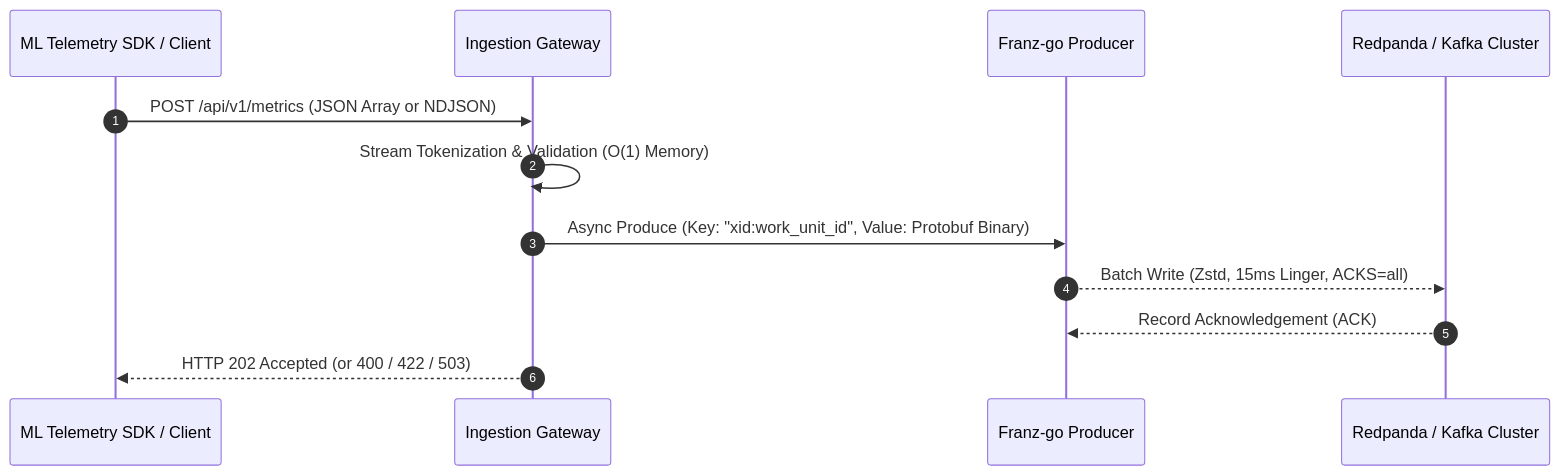
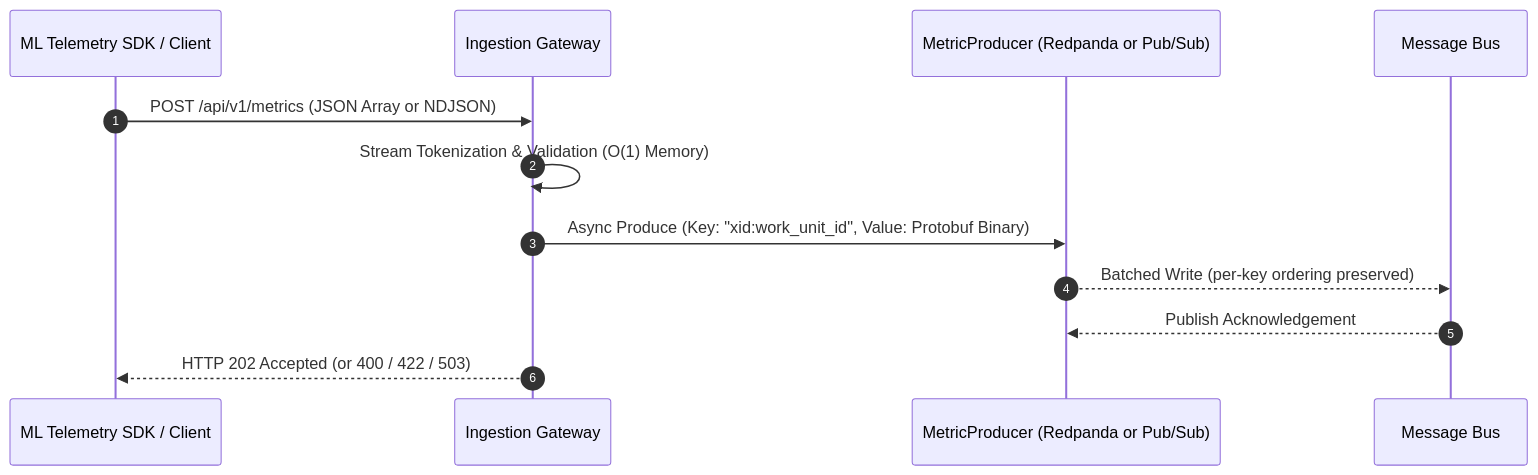
One commit to google/xmc changed the diagram in cmd/ingestion_gateway/README.md. Above: the diagram before and after it, drawn with Mermaid. The commit also changed other lines of this file and 18 other files, not shown here.

First line of the commit message:
feat(ingestion_gateway): support Pub/Sub as an alternative to Redpanda

````diff
--- a/cmd/ingestion_gateway/README.md
+++ b/cmd/ingestion_gateway/README.md
@@ -9,15 +21,15 @@
 ```mermaid
 sequenceDiagram
     autonumber
     participant SDK as ML Telemetry SDK / Client
     participant Gateway as Ingestion Gateway
-    participant FranzGo as Franz-go Producer
-    participant Redpanda as Redpanda / Kafka Cluster
+    participant Producer as MetricProducer (Redpanda or Pub/Sub)
+    participant Bus as Message Bus
 
     SDK->>Gateway: POST /api/v1/metrics (JSON Array or NDJSON)
     Gateway->>Gateway: Stream Tokenization & Validation (O(1) Memory)
-    Gateway->>FranzGo: Async Produce (Key: "xid:work_unit_id", Value: Protobuf Binary)
-    FranzGo-->>Redpanda: Batch Write (Zstd, 15ms Linger, ACKS=all)
-    Redpanda-->>FranzGo: Record Acknowledgement (ACK)
+    Gateway->>Producer: Async Produce (Key: "xid:work_unit_id", Value: Protobuf Binary)
+    Producer-->>Bus: Batched Write (per-key ordering preserved)
+    Bus-->>Producer: Publish Acknowledgement
     Gateway-->>SDK: HTTP 202 Accepted (or 400 / 422 / 503)
 ```
````
